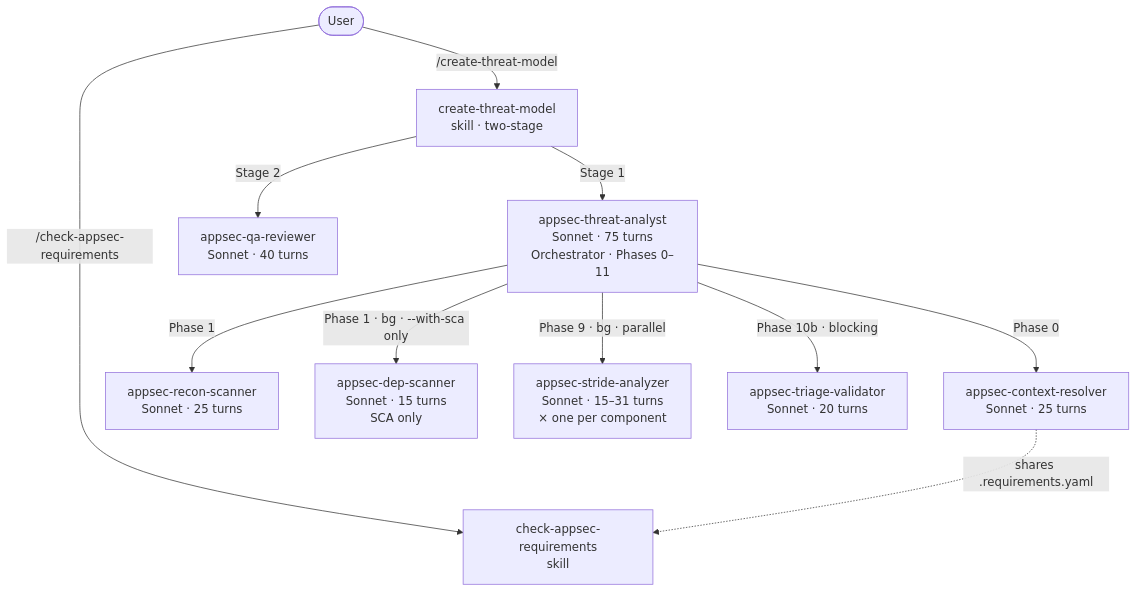
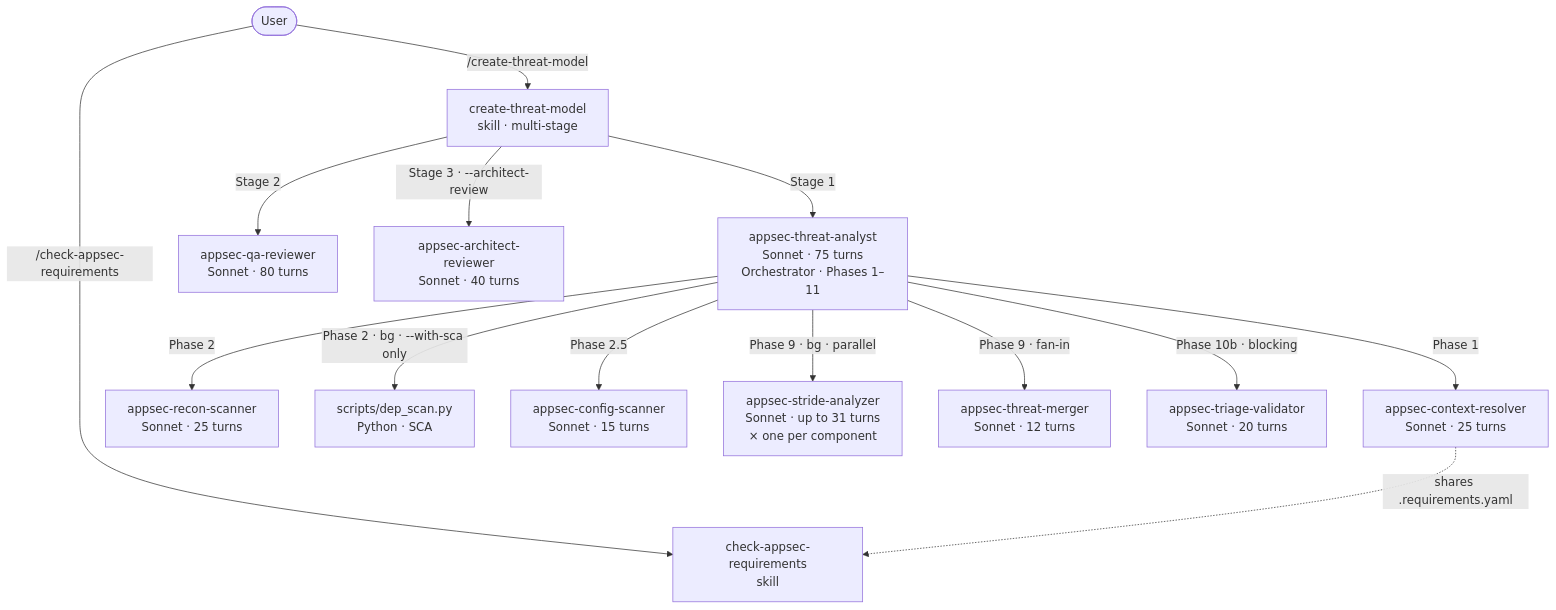
The diagram in docs/architecture.md (appsec-foundry/appsec-advisor), drawn with Mermaid before and after one commit. The commit also changed other lines of this file and 98 other files, not shown here.

````diff
--- a/docs/architecture.md
+++ b/docs/architecture.md
@@ -9,17 +23,20 @@
 ```mermaid
 flowchart TD
     U(["User"])
-    U -->|"/create-threat-model"| SKILL["create-threat-model\nskill · two-stage"]
-    U -->|"/check-appsec-requirements"| SKL["check-appsec-requirements\nskill"]
+    U -->|"/create-threat-model"| SKILL["create-threat-model<br/>skill · multi-stage"]
+    U -->|"/check-appsec-requirements"| SKL["check-appsec-requirements<br/>skill"]
 
-    SKILL -->|"Stage 1"| TA["appsec-threat-analyst\nSonnet · 75 turns\nOrchestrator · Phases 0–11"]
-    SKILL -->|"Stage 2"| QA["appsec-qa-reviewer\nSonnet · 40 turns"]
+    SKILL -->|"Stage 1"| TA["appsec-threat-analyst<br/>Sonnet · 75 turns<br/>Orchestrator · Phases 1–11"]
+    SKILL -->|"Stage 2"| QA["appsec-qa-reviewer<br/>Sonnet · 80 turns"]
+    SKILL -->|"Stage 3 · --architect-review"| AR["appsec-architect-reviewer<br/>Sonnet · 40 turns"]
 
-    TA -->|"Phase 0"| CR["appsec-context-resolver\nSonnet · 25 turns"]
-    TA -->|"Phase 1"| RS["appsec-recon-scanner\nSonnet · 25 turns"]
-    TA -->|"Phase 1 · bg · --with-sca only"| DS["appsec-dep-scanner\nSonnet · 15 turns\nSCA only"]
-    TA -->|"Phase 9 · bg · parallel"| SA["appsec-stride-analyzer\nSonnet · 15–31 turns\n× one per component"]
-    TA -->|"Phase 10b · blocking"| TV["appsec-triage-validator\nSonnet · 20 turns"]
+    TA -->|"Phase 1"| CR["appsec-context-resolver<br/>Sonnet · 25 turns"]
+    TA -->|"Phase 2"| RS["appsec-recon-scanner<br/>Sonnet · 25 turns"]
+    TA -->|"Phase 2 · bg · --with-sca only"| DS["scripts/dep_scan.py<br/>Python · SCA"]
+    TA -->|"Phase 2.5"| CFG["appsec-config-scanner<br/>Sonnet · 15 turns"]
+    TA -->|"Phase 9 · bg · parallel"| SA["appsec-stride-analyzer<br/>Sonnet · up to 31 turns<br/>× one per component"]
+    TA -->|"Phase 9 · fan-in"| TM["appsec-threat-merger<br/>Sonnet · 12 turns"]
+    TA -->|"Phase 10b · blocking"| TV["appsec-triage-validator<br/>Sonnet · 20 turns"]
 
     CR -. "shares .requirements.yaml" .-> SKL
 ```
````
